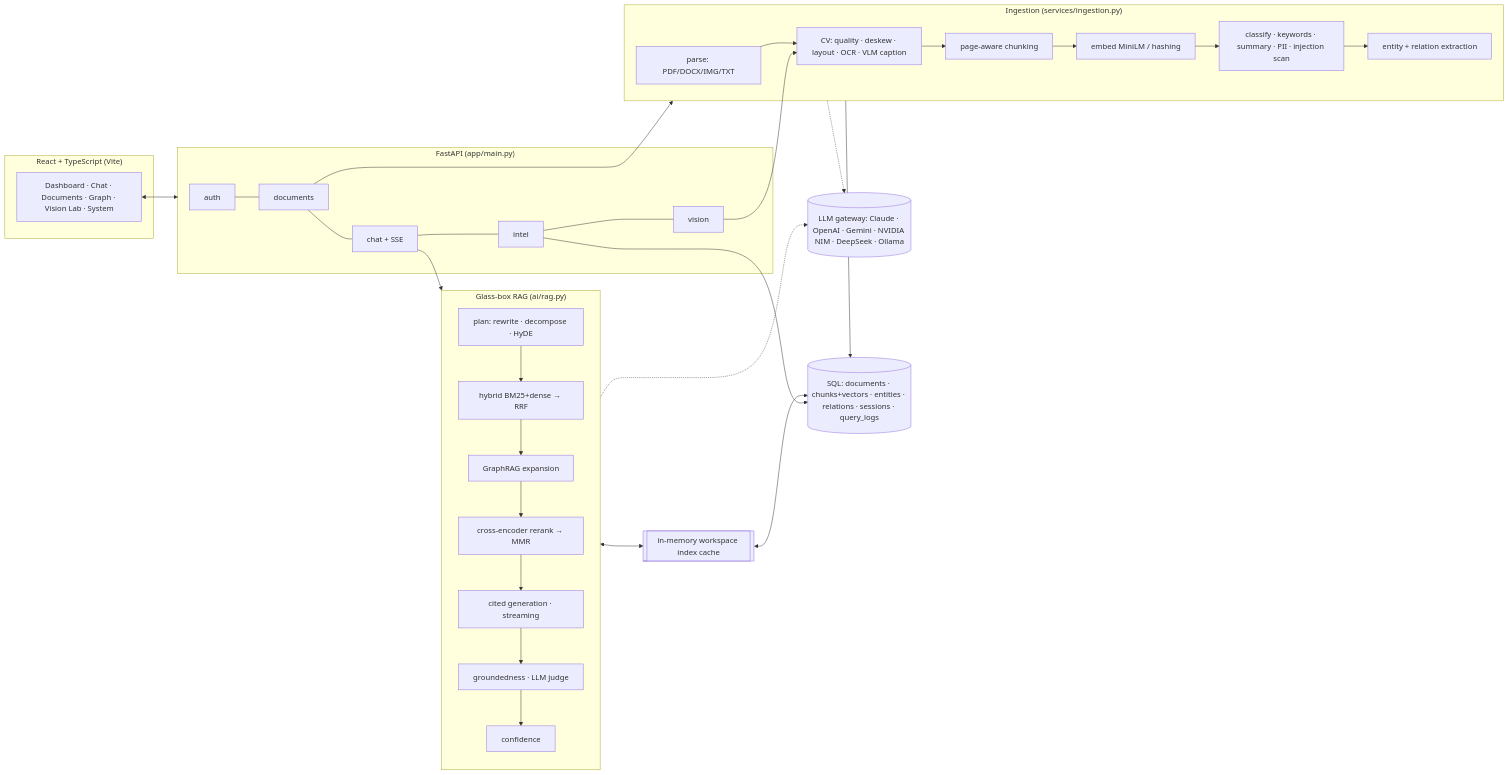
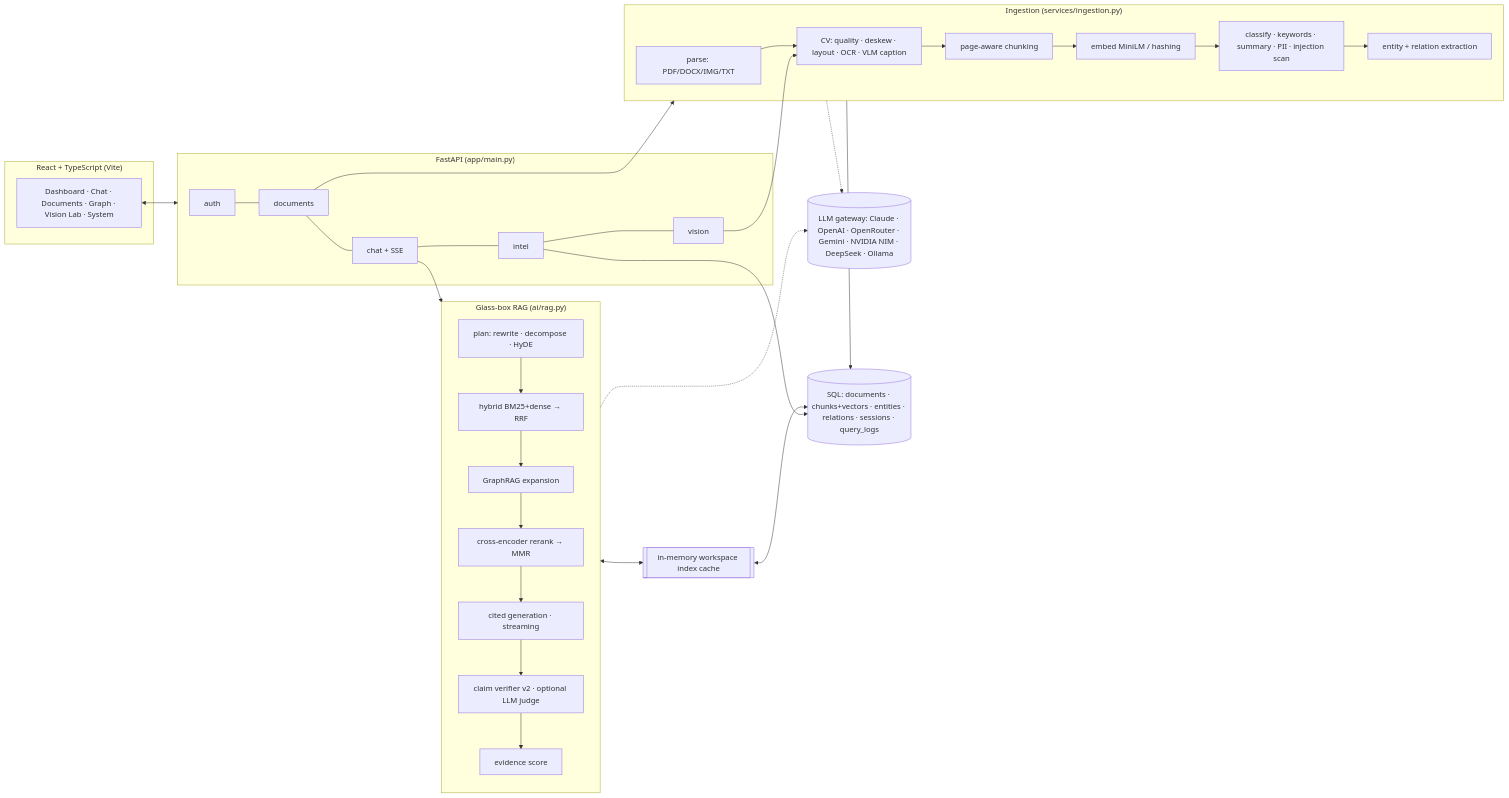
Before and after one commit to Nitant28/MindDoc-AI: the first of 2 diagrams in docs/ARCHITECTURE.md, drawn with Mermaid. The commit also changed other lines of this file and 17 other files, not shown here.

````diff
--- a/docs/ARCHITECTURE.md
+++ b/docs/ARCHITECTURE.md
@@ -5,33 +8,33 @@
 ```mermaid
 flowchart LR
   subgraph Client["React + TypeScript (Vite)"]
     UI[Dashboard · Chat · Documents · Graph · Vision Lab · System]
   end
   subgraph API["FastAPI (app/main.py)"]
     AUTH[auth] --- DOCS[documents] --- CHAT[chat + SSE] --- INTEL[intel] --- VIS[vision]
   end
   subgraph Ingest["Ingestion (services/ingestion.py)"]
     PARSE[parse: PDF/DOCX/IMG/TXT] --> CVP[CV: quality · deskew · layout · OCR · VLM caption]
     CVP --> CHUNK[page-aware chunking] --> EMB[embed MiniLM / hashing]
     EMB --> ANA[classify · keywords · summary · PII · injection scan]
     ANA --> KG[entity + relation extraction]
   end
   subgraph Query["Glass-box RAG (ai/rag.py)"]
     PLAN[plan: rewrite · decompose · HyDE] --> RET[hybrid BM25+dense → RRF]
     RET --> GX[GraphRAG expansion] --> RR[cross-encoder rerank → MMR]
-    RR --> GEN[cited generation · streaming] --> VER[groundedness · LLM judge] --> CONF[confidence]
+    RR --> GEN[cited generation · streaming] --> VER[claim verifier v2 · optional LLM judge] --> CONF[evidence score]
   end
-  GW[(LLM gateway: Claude · OpenAI · Gemini · NVIDIA NIM · DeepSeek · Ollama)]
+  GW[(LLM gateway: Claude · OpenAI · OpenRouter · Gemini · NVIDIA NIM · DeepSeek · Ollama)]
   DB[(SQL: documents · chunks+vectors · entities · relations · sessions · query_logs)]
   IDX[[in-memory workspace index cache]]
 
   UI <--> API
   DOCS --> Ingest --> DB
   CHAT --> Query
   Query <--> IDX
   IDX <--> DB
   Ingest -.-> GW
   Query -.-> GW
   VIS --> CVP
   INTEL --> DB
 ```
````
